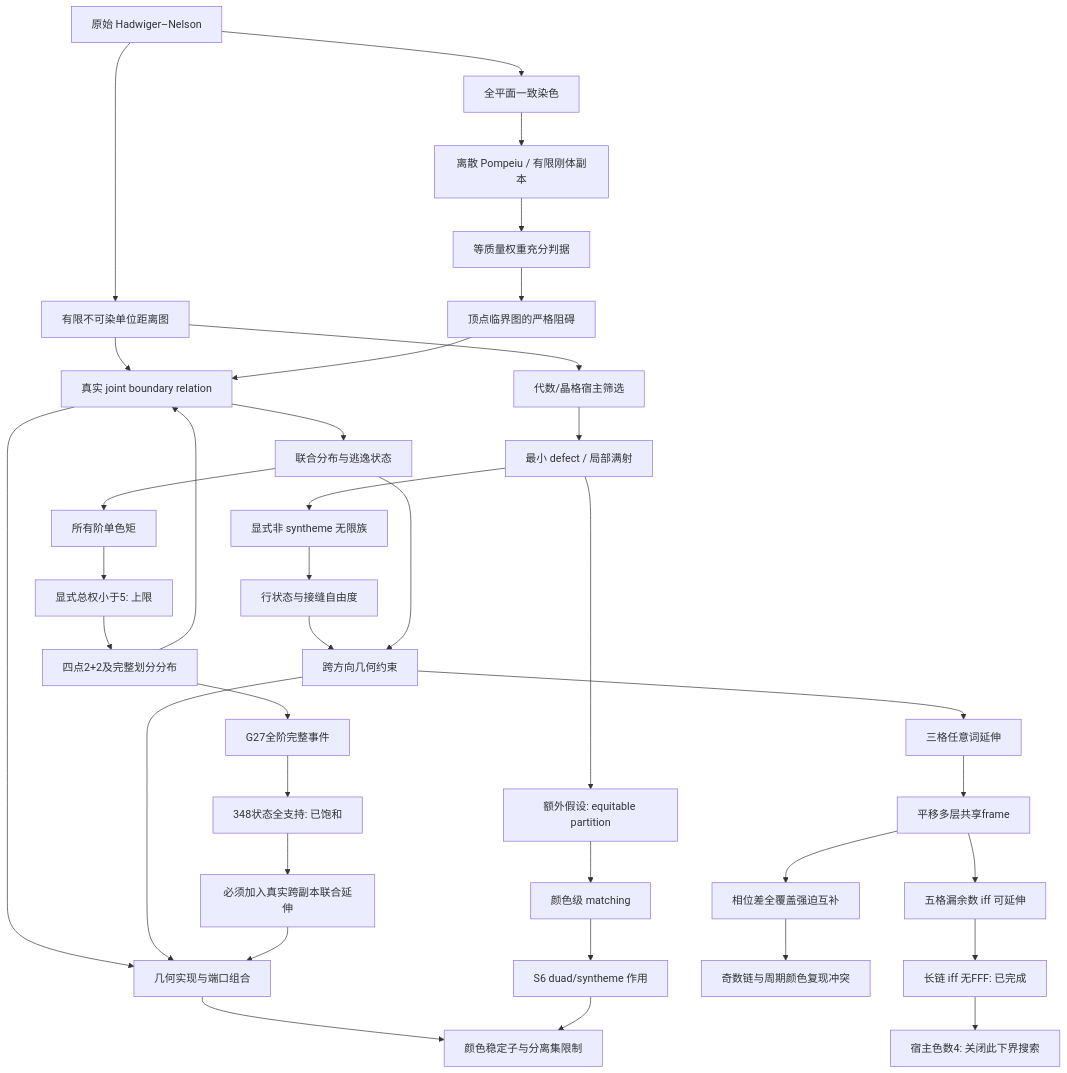
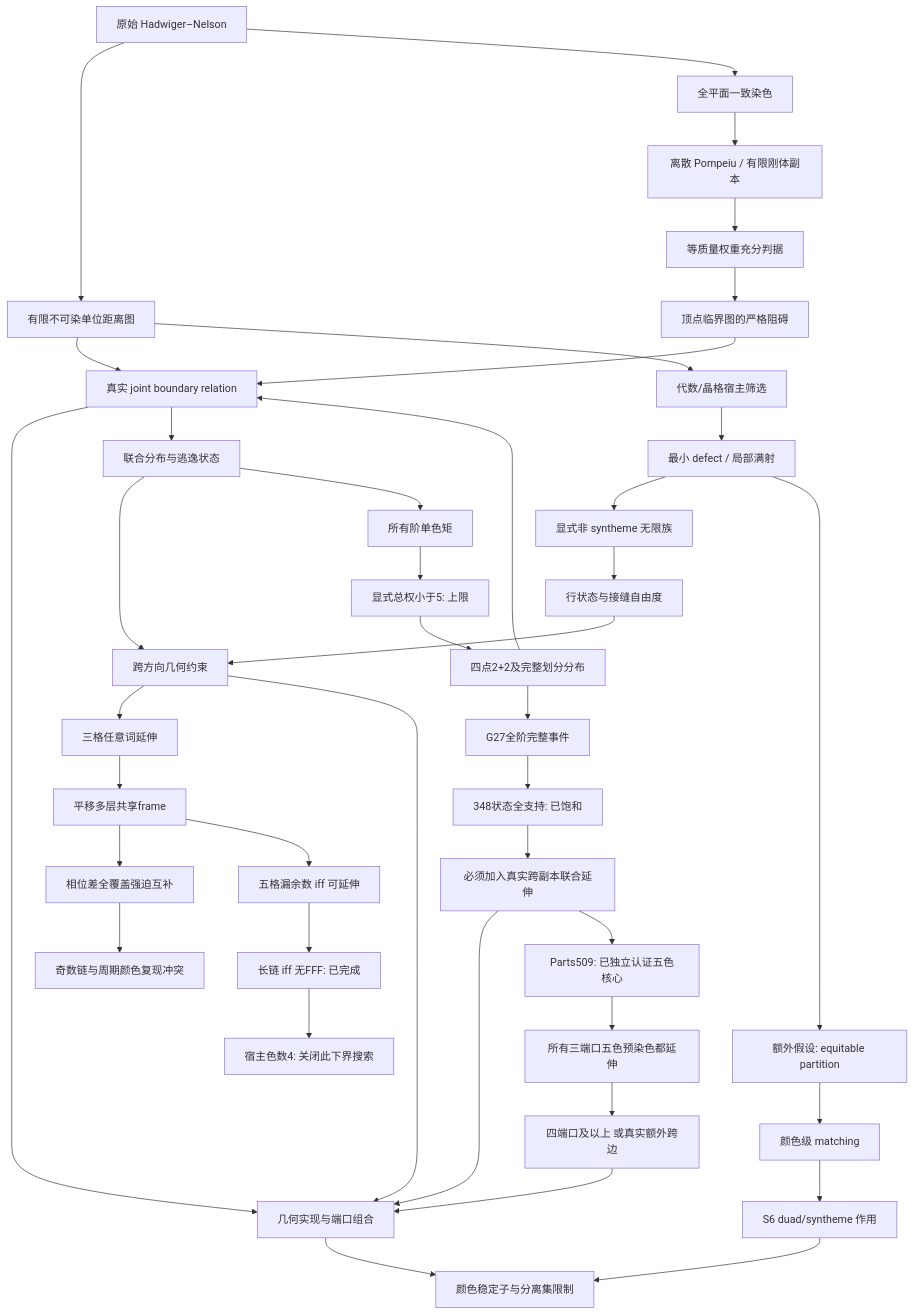
Before and after one commit to rsgcsg/math-research: the diagram in docs/ROUTES.md, drawn with Mermaid. The commit also changed other lines of this file and 20 other files, not shown here.

````diff
--- a/docs/ROUTES.md
+++ b/docs/ROUTES.md
@@ -10,39 +10,43 @@
 ```mermaid
 flowchart TD
   HN[原始 Hadwiger–Nelson] --> LOW[有限不可染单位距离图]
   HN --> UP[全平面一致染色]
   LOW --> REL[真实 joint boundary relation]
   REL --> GEO[几何实现与端口组合]
   GEO --> CUT[颜色稳定子与分离集限制]
   REL --> FACE[联合分布与逃逸状态]
   LOW --> HOST[代数/晶格宿主筛选]
   HOST --> FALL[最小 defect / 局部满射]
   FALL --> COUNTER[显式非 syntheme 无限族]
   COUNTER --> SFT[行状态与接缝自由度]
   FALL --> EQ[额外假设: equitable partition]
   EQ --> MATCH[颜色级 matching]
   MATCH --> S6[S6 duad/syntheme 作用]
   S6 --> CUT
   SFT --> SEAM[跨方向几何约束]
   SEAM --> TRIPLE[三格任意词延伸]
   TRIPLE --> LAYERS[平移多层共享frame]
   LAYERS --> SATURATE[相位差全覆盖强迫互补]
   SATURATE --> ODD[奇数链与周期颜色复现冲突]
   LAYERS --> ESCAPE[五格漏余数 iff 可延伸]
   ESCAPE --> LONG[长链 iff 无FFF: 已完成]
   LONG --> LOWHOST[宿主色数4: 关闭此下界搜索]
   FACE --> SEAM
   SEAM --> GEO
   UP --> POMP[离散 Pompeiu / 有限刚体副本]
   POMP --> MASS[等质量权重充分判据]
   MASS --> CRIT[顶点临界图的严格阻碍]
   CRIT --> REL
   FACE --> MONO[所有阶单色矩]
   MONO --> CEILING[显式总权小于5: 上限]
   CEILING --> JOINT[四点2+2及完整划分分布]
   JOINT --> REL
   JOINT --> G27[G27全阶完整事件]
   G27 --> FULLSUP[348状态全支持: 已饱和]
   FULLSUP --> EXTEND[必须加入真实跨副本联合延伸]
   EXTEND --> GEO
+  EXTEND --> CORE5[Parts509: 已独立认证五色核心]
+  CORE5 --> FREE3[所有三端口五色预染色都延伸]
+  FREE3 --> FOURPORT[四端口及以上 或真实额外跨边]
+  FOURPORT --> GEO
 ```
````
